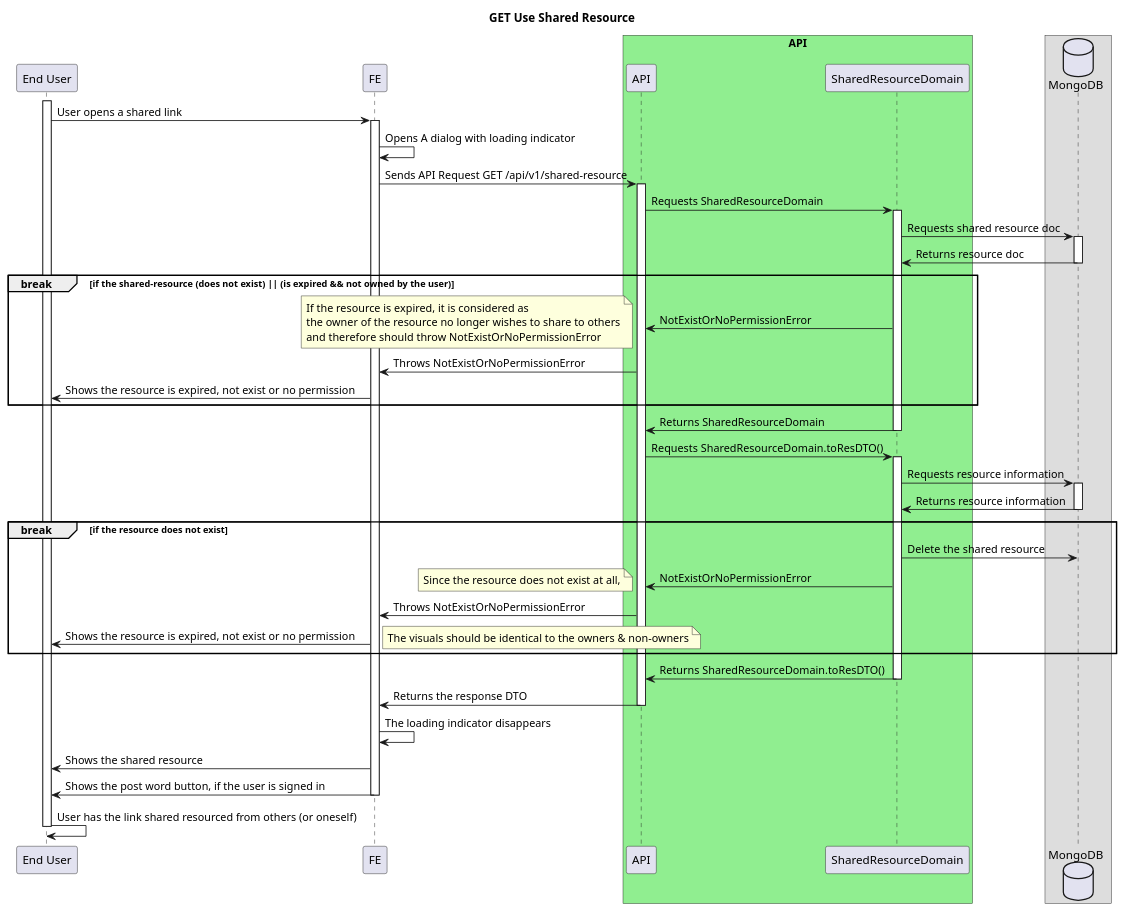
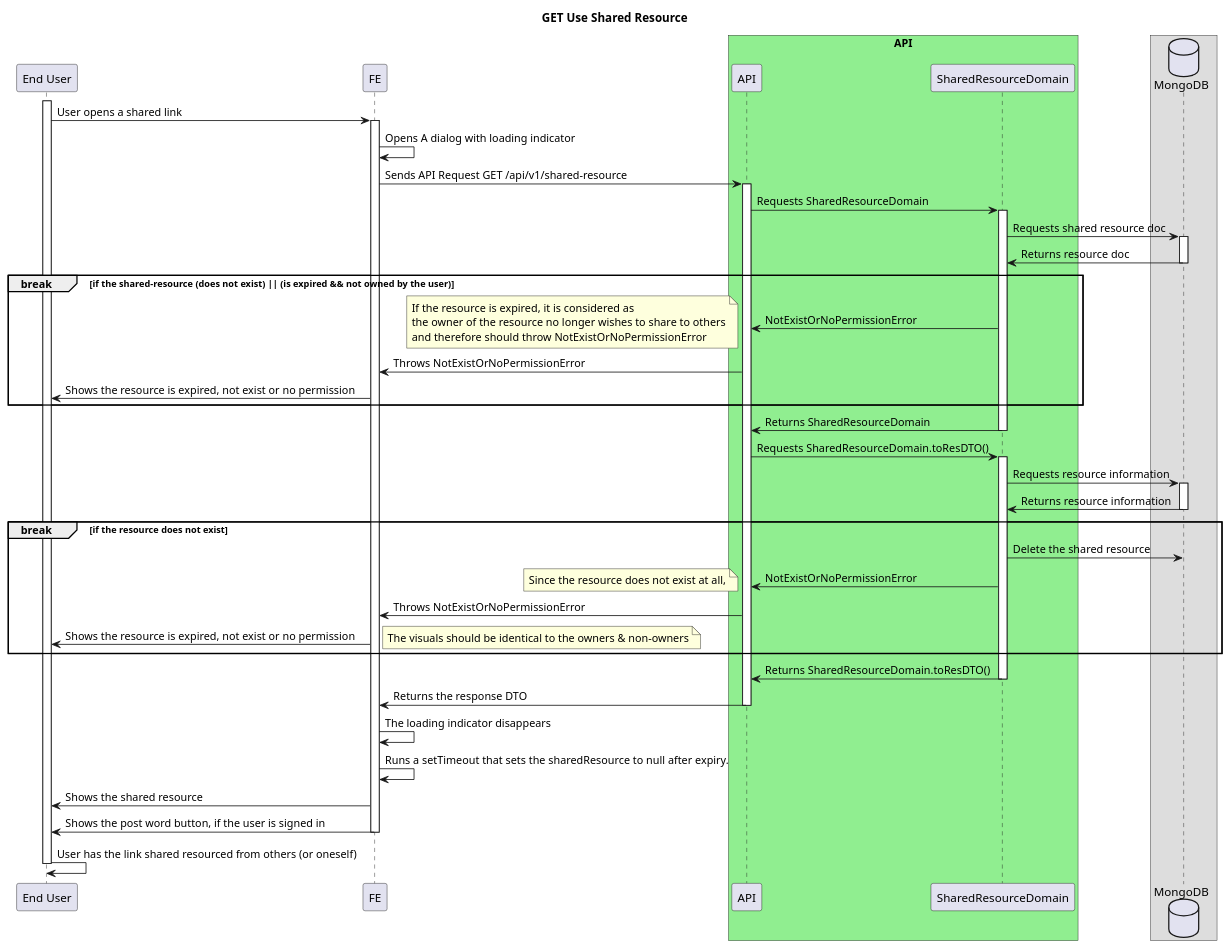
One commit to ajktown/docs changed the diagram in dev/diagrams/on-get-shared-resource.md. Above: the diagram before and after it, drawn with PlantUML. The commit also changed other lines of this file, not shown here.

Commit message:
doc: setTimeout for automatic disappear

````diff
--- a/dev/diagrams/on-get-shared-resource.md
+++ b/dev/diagrams/on-get-shared-resource.md
@@ -47,69 +47,70 @@
 ```plantuml
 
 @startuml
 
 title GET Use Shared Resource
 
 participant "End User" as user
 participant "FE" as fe
 box "API" #Lightgreen
   participant "API" as api
   participant "SharedResourceDomain" as domain
 box
 database "MongoDB" as db
 
 activate user
   user -> fe: User opens a shared link
   activate fe
     fe -> fe: Opens A dialog with loading indicator
     fe -> api: Sends API Request GET /api/v1/shared-resource
     activate api
       api -> domain: Requests SharedResourceDomain
       activate domain
         domain -> db: Requests shared resource doc
         activate db
           domain <- db: Returns resource doc
         deactivate db
         break if the shared-resource (does not exist) || (is expired && not owned by the user)
           api <- domain: NotExistOrNoPermissionError
           note left
             If the resource is expired, it is considered as
             the owner of the resource no longer wishes to share to others
             and therefore should throw NotExistOrNoPermissionError
           end note
           fe <- api: Throws NotExistOrNoPermissionError
           user <- fe : Shows the resource is expired, not exist or no permission
         end break
         api <- domain: Returns SharedResourceDomain
         deactivate domain
         api -> domain: Requests SharedResourceDomain.toResDTO()
           activate domain
             domain -> db: Requests resource information
             activate db
               domain <- db: Returns resource information
             deactivate db
             break if the resource does not exist
               domain -> db: Delete the shared resource
               api <- domain: NotExistOrNoPermissionError
               note left
                 Since the resource does not exist at all,
               end note
               fe <- api: Throws NotExistOrNoPermissionError
               user <- fe : Shows the resource is expired, not exist or no permission
               note right
                 The visuals should be identical to the owners & non-owners
               end note
             end break
             api <- domain: Returns SharedResourceDomain.toResDTO()
           deactivate domain
         fe <- api: Returns the response DTO
     deactivate api
   fe -> fe: The loading indicator disappears
+  fe -> fe: Runs a setTimeout that sets the sharedResource to null after expiry.
   user <- fe: Shows the shared resource
   user <- fe: Shows the post word button, if the user is signed in
   deactivate fe
   user -> user: User has the link shared resourced from others (or oneself)
 deactivate user
 
 
 ```
````
